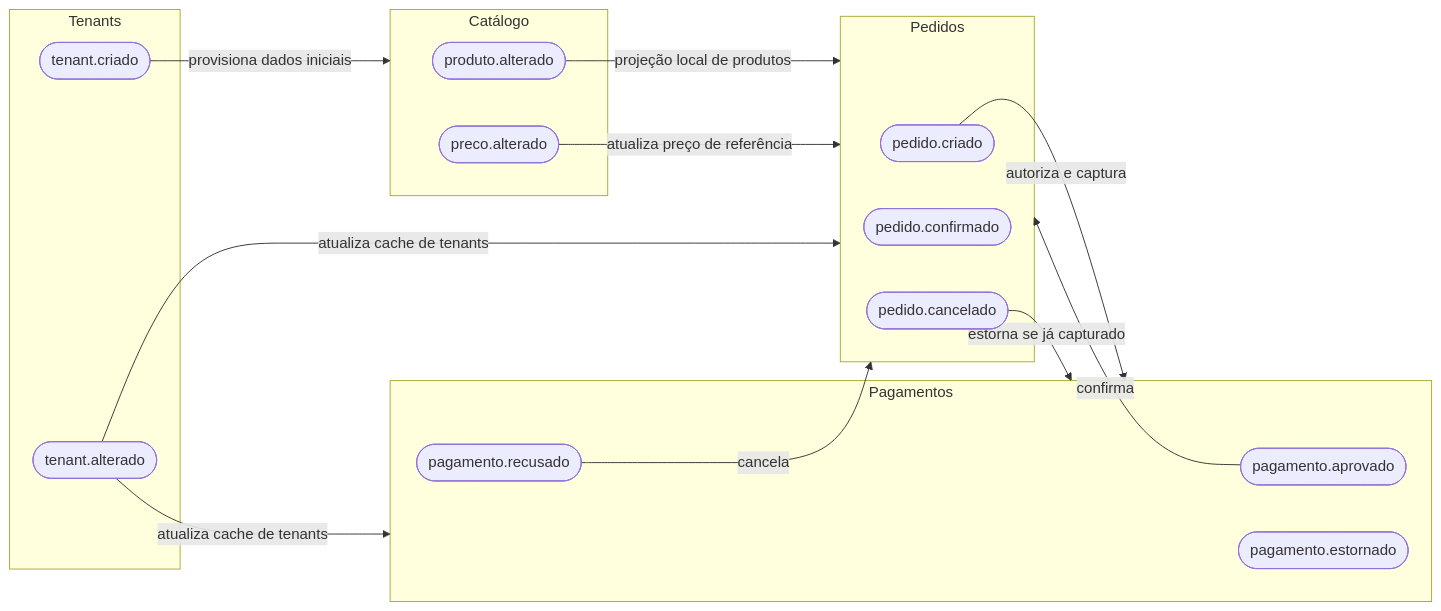
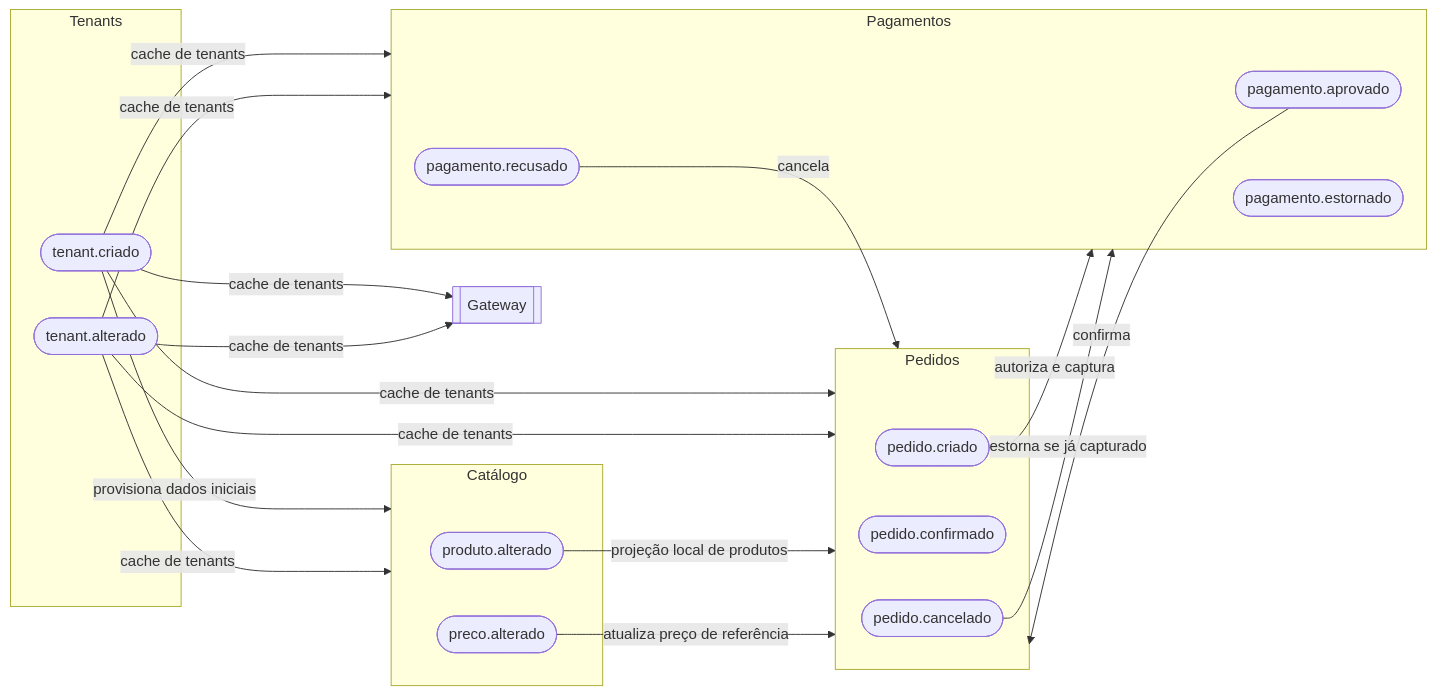
One commit to Daniloeng/plataforma-multitenant changed the first of 3 diagrams in docs/arquitetura/event-storming.md. Above: the diagram before and after it, drawn with Mermaid. The commit also changed 15 other files, not shown here.

````diff
--- a/docs/arquitetura/event-storming.md
+++ b/docs/arquitetura/event-storming.md
@@ -27,30 +27,33 @@
 ```mermaid
 flowchart LR
   subgraph TEN[Tenants]
     T1([tenant.criado])
     T2([tenant.alterado])
   end
   subgraph CAT[Catálogo]
     C1([produto.alterado])
     C2([preco.alterado])
   end
   subgraph PED[Pedidos]
     P1([pedido.criado])
     P2([pedido.confirmado])
     P3([pedido.cancelado])
   end
   subgraph PAG[Pagamentos]
     G1([pagamento.aprovado])
     G2([pagamento.recusado])
     G3([pagamento.estornado])
   end
+  GW[[Gateway]]
   T1 -- provisiona dados iniciais --> CAT
-  T2 -- atualiza cache de tenants --> PED
-  T2 -- atualiza cache de tenants --> PAG
+  T1 & T2 -- cache de tenants --> PED
+  T1 & T2 -- cache de tenants --> PAG
+  T1 & T2 -- cache de tenants --> GW
+  T2 -- cache de tenants --> CAT
   C1 -- projeção local de produtos --> PED
   C2 -- atualiza preço de referência --> PED
   P1 -- autoriza e captura --> PAG
   P3 -- estorna se já capturado --> PAG
   G1 -- confirma --> PED
   G2 -- cancela --> PED
 ```
````
